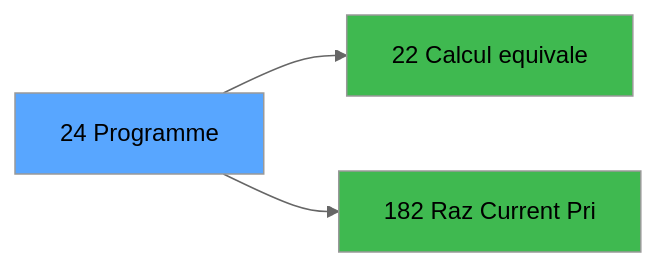
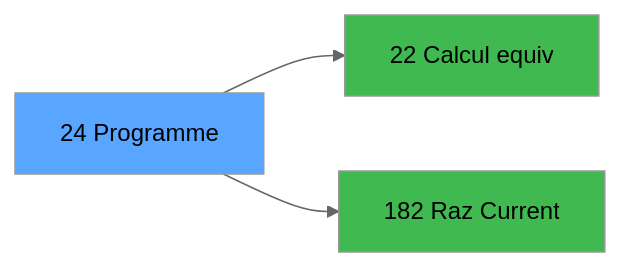
Before and after one commit to thonyAGP/magic-migration: the third of 3 diagrams in .openspec/specs/ADH-IDE-24.md, drawn with Mermaid (neutral theme). The commit also changed other lines of this file and 323 other files, not shown here.

````diff
--- a/.openspec/specs/ADH-IDE-24.md
+++ b/.openspec/specs/ADH-IDE-24.md
@@ -120,11 +155,11 @@
 ```mermaid
 graph LR
     T[24 Programme]
-    C22[22 Calcul equivale]
+    C22[22 Calcul equiv]
     T --> C22
-    C182[182 Raz Current Pri]
+    C182[182 Raz Current ]
     T --> C182
     style T fill:#58a6ff,color:#000
     style C22 fill:#3fb950
     style C182 fill:#3fb950
 ```
````
